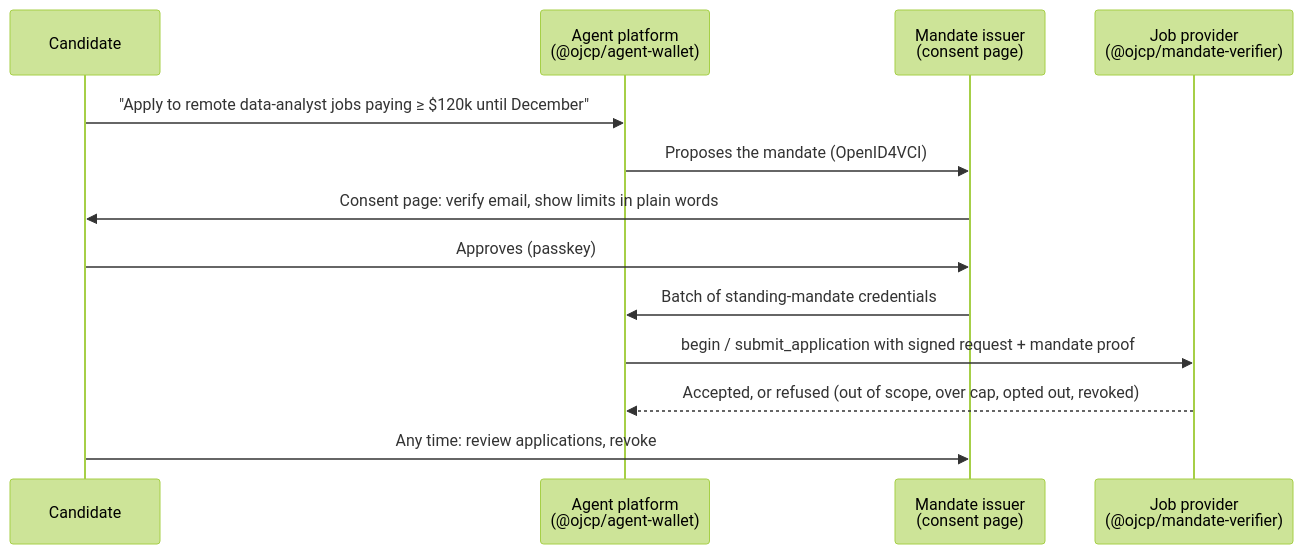
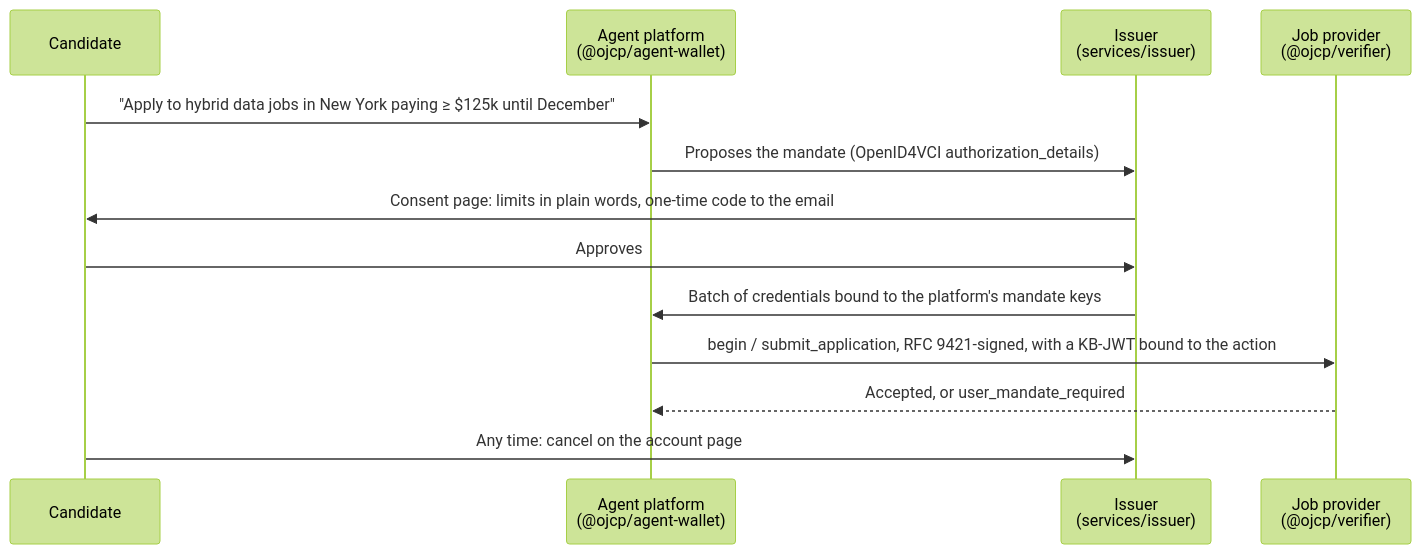
The diagram in README.md (ojcp-org/credentials), drawn with Mermaid (forest theme) before and after one commit. The commit also changed other lines of this file and 104 other files, not shown here.

First line of the commit message:
Build the agent wallet, verifier and issuer in TypeScript

````diff
--- a/README.md
+++ b/README.md
@@ -21,15 +30,15 @@
 ```mermaid
 sequenceDiagram
   participant M as Candidate
   participant A as Agent platform<br/>(@ojcp/agent-wallet)
-  participant I as Mandate issuer<br/>(consent page)
-  participant P as Job provider<br/>(@ojcp/mandate-verifier)
-  M->>A: "Apply to remote data-analyst jobs paying ≥ $120k until December"
-  A->>I: Proposes the mandate (OpenID4VCI)
-  I->>M: Consent page: verify email, show limits in plain words
-  M->>I: Approves (passkey)
-  I->>A: Batch of standing-mandate credentials
-  A->>P: begin / submit_application with signed request + mandate proof
-  P-->>A: Accepted, or refused (out of scope, over cap, opted out, revoked)
-  M->>I: Any time: review applications, revoke
+  participant I as Issuer<br/>(services/issuer)
+  participant P as Job provider<br/>(@ojcp/verifier)
+  M->>A: "Apply to hybrid data jobs in New York paying ≥ $125k until December"
+  A->>I: Proposes the mandate (OpenID4VCI authorization_details)
+  I->>M: Consent page: limits in plain words, one-time code to the email
+  M->>I: Approves
+  I->>A: Batch of credentials bound to the platform's mandate keys
+  A->>P: begin / submit_application, RFC 9421-signed, with a KB-JWT bound to the action
+  P-->>A: Accepted, or user_mandate_required
+  M->>I: Any time: cancel on the account page
 ```
````
